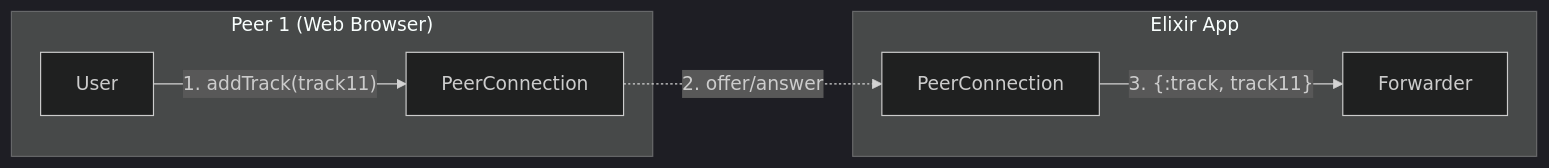
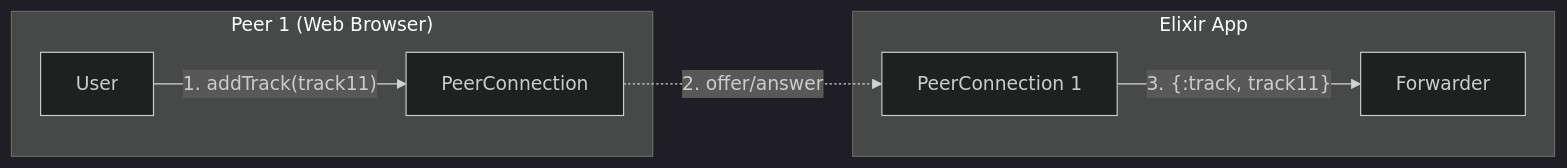
Before and after one commit to elixir-webrtc/ex_webrtc: the third of 3 diagrams in guides/intro.md, drawn with Mermaid (dark theme). The commit also changed other lines of this file, not shown here.

Commit message:
Fix issues with diagrams

````diff
--- a/guides/intro.md
+++ b/guides/intro.md
@@ -430,12 +430,12 @@
 ```mermaid
 flowchart LR
   subgraph P1["Peer 1 (Web Browser)"]
     User-- "1. addTrack(track11)" -->PCW1[PeerConnection]
   end
 
   subgraph elixir [Elixir App]
-    PCE1[PeerConnection]-- "3. {:track, track11}" -->Forwarder
+    PCE1[PeerConnection 1]-- "3. {:track, track11}" -->Forwarder
   end
 
   PCW1-. "2. offer/answer" .->PCE1
 ```
````
